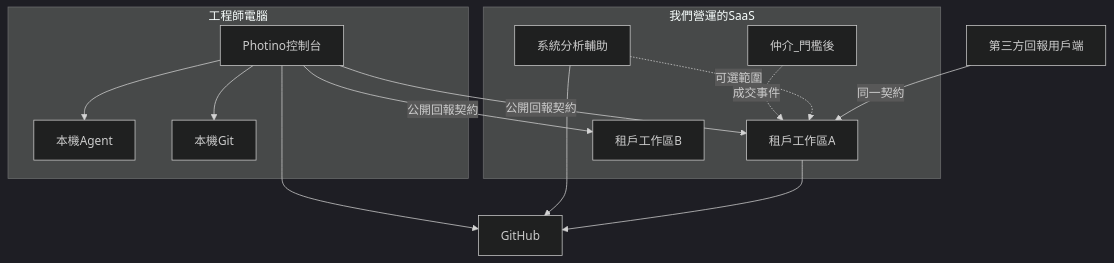
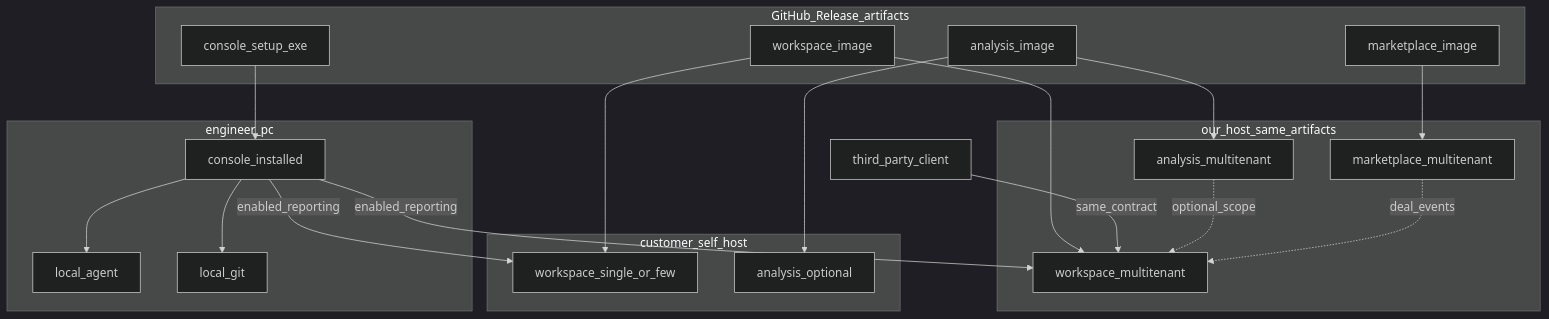
One commit to sjvann/AI_Project_Console changed the fourth of 4 diagrams in docs/product/architecture.md. Above: the diagram before and after it, drawn with Mermaid (dark theme). The commit also changed other lines of this file and 83 other files, not shown here.

````diff
--- a/docs/product/architecture.md
+++ b/docs/product/architecture.md
@@ -25,26 +379,36 @@
 ```mermaid
 flowchart TB
-  subgraph ourCloud [我們營運的SaaS]
-    WsA[租戶工作區A]
-    WsB[租戶工作區B]
-    SA[系統分析輔助]
-    Market[仲介_門檻後]
-    Market -.->|成交事件| WsA
-    SA -.->|可選範圍| WsA
+  subgraph artifacts [GitHub_Release_artifacts]
+    Setup[console_setup_exe]
+    WsImg[workspace_image]
+    SaImg[analysis_image]
+    MkImg[marketplace_image]
   end
-  subgraph engineerPc [工程師電腦]
-    Console[Photino控制台]
-    Agent[本機Agent]
-    Git[本機Git]
-    Console --> Agent
-    Console --> Git
+  subgraph ourOps [our_host_same_artifacts]
+    WsSaaS[workspace_multitenant]
+    SaSaaS[analysis_multitenant]
+    MkSaaS[marketplace_multitenant]
   end
-  ThirdParty[第三方回報用戶端]
-  Gh[GitHub]
-  Console -->|公開回報契約| WsA
-  Console -->|公開回報契約| WsB
-  ThirdParty -->|同一契約| WsA
-  Console --> Gh
-  SA --> Gh
-  WsA --> Gh
+  subgraph customer [customer_self_host]
+    WsSelf[workspace_single_or_few]
+    SaSelf[analysis_optional]
+  end
+  subgraph pc [engineer_pc]
+    Console[console_installed]
+    Agent[local_agent]
+    Git[local_git]
+  end
+  Setup --> Console
+  WsImg --> WsSaaS
+  WsImg --> WsSelf
+  SaImg --> SaSaaS
+  SaImg --> SaSelf
+  MkImg --> MkSaaS
+  Console -->|enabled_reporting| WsSaaS
+  Console -->|enabled_reporting| WsSelf
+  ThirdParty[third_party_client] -->|same_contract| WsSaaS
+  SaSaaS -.->|optional_scope| WsSaaS
+  MkSaaS -.->|deal_events| WsSaaS
+  Console --> Agent
+  Console --> Git
 ```
````
